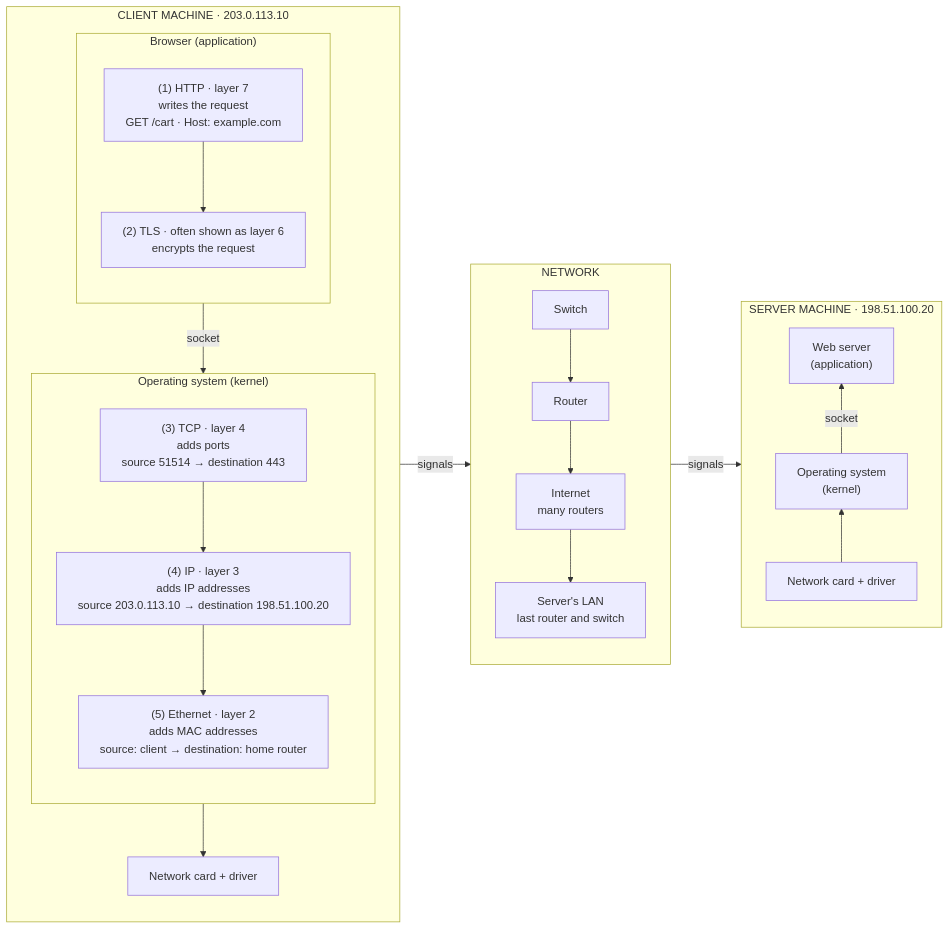
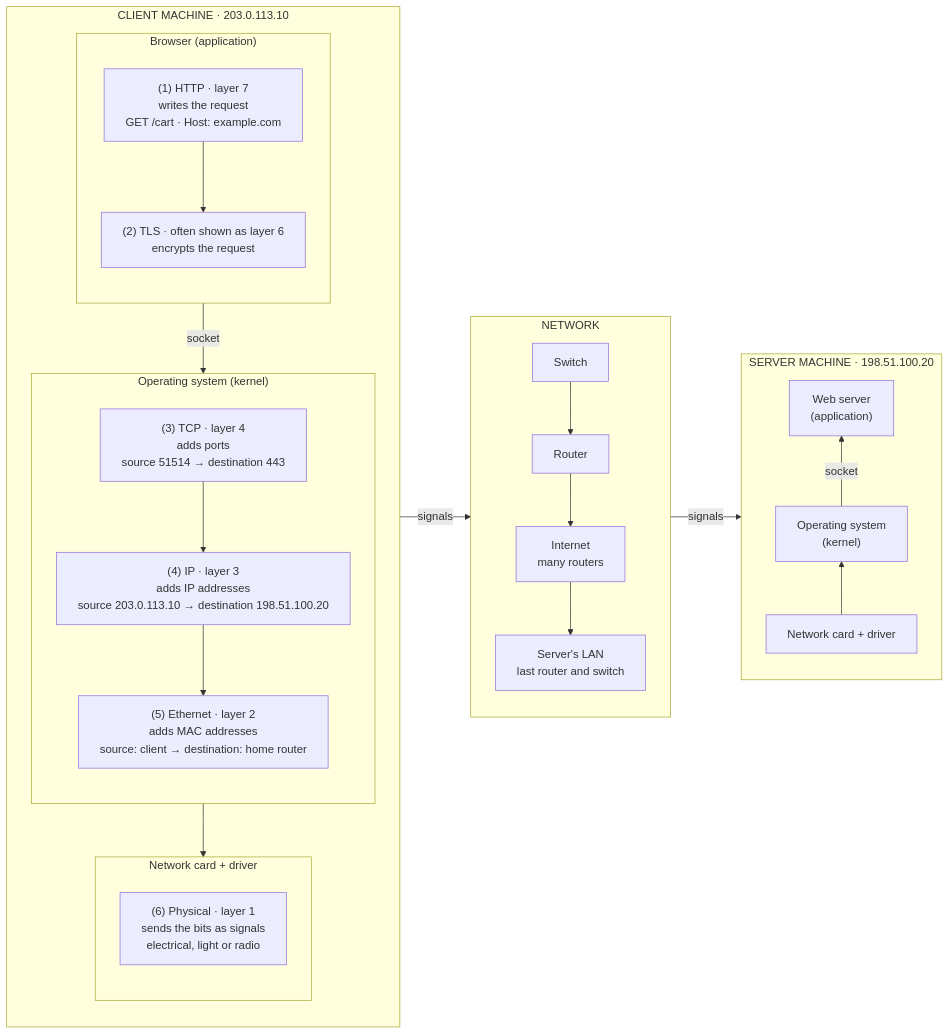
The diagram in topics/networking/networking-fundamentals/https-request-journey.md (AndresLopezEsquivel/AWS), drawn with Mermaid before and after one commit. The commit also changed other lines of this file, not shown here.

Commit message:
docs(networking): add step 6 (physical) to the HTTPS request journey

````diff
--- a/topics/networking/networking-fundamentals/https-request-journey.md
+++ b/topics/networking/networking-fundamentals/https-request-journey.md
@@ -17,29 +17,32 @@
 ```mermaid
 %%{init: {"flowchart": {"wrappingWidth": 420}}}%%
 flowchart LR
     subgraph CLIENT ["CLIENT MACHINE · 203.0.113.10"]
         direction TB
         subgraph C_APP ["Browser (application)"]
             direction TB
             J1["(1) HTTP · layer 7<br/>writes the request<br/>GET /cart · Host: example.com"] --> J2["(2) TLS · often shown as layer 6<br/>encrypts the request"]
         end
         subgraph C_OS ["Operating system (kernel)"]
             direction TB
             J3["(3) TCP · layer 4<br/>adds ports<br/>source 51514 → destination 443"] --> J4["(4) IP · layer 3<br/>adds IP addresses<br/>source 203.0.113.10 → destination 198.51.100.20"] --> J5["(5) Ethernet · layer 2<br/>adds MAC addresses<br/>source: client → destination: home router"]
         end
-        C_NIC["Network card + driver"]
+        subgraph C_NIC ["Network card + driver"]
+            direction TB
+            J6["(6) Physical · layer 1<br/>sends the bits as signals<br/>electrical, light or radio"]
+        end
         C_APP -- socket --> C_OS --> C_NIC
     end
 
     subgraph NET ["NETWORK"]
         direction TB
         SW["Switch"] --> R1["Router"] --> INET["Internet<br/>many routers"] --> LAN["Server's LAN<br/>last router and switch"]
     end
 
     subgraph SERVER ["SERVER MACHINE · 198.51.100.20"]
         direction BT
         S_NIC["Network card + driver"] --> S_OS["Operating system<br/>(kernel)"] -- socket --> S_APP["Web server<br/>(application)"]
     end
 
     CLIENT -- signals --> NET -- signals --> SERVER
 ```
````
